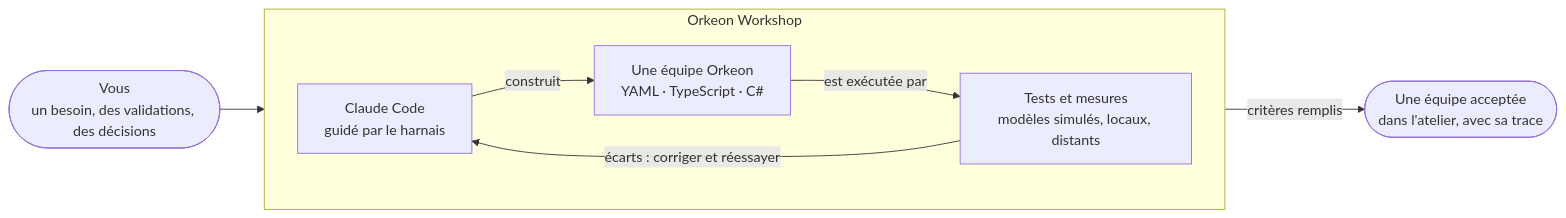
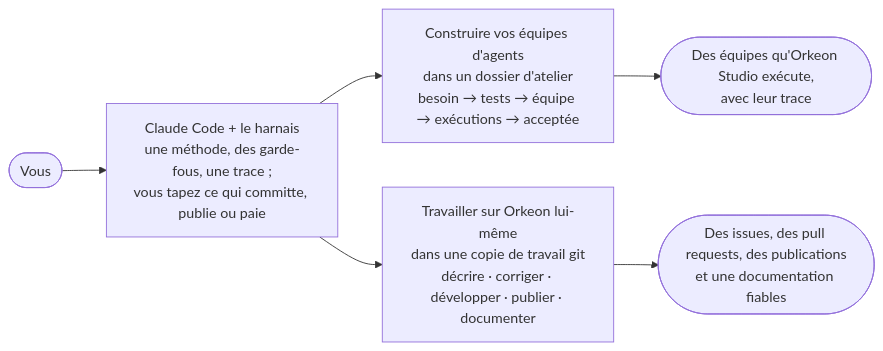
Before and after one commit to Orkeon/orkeon-workshop: the diagram in README.fr.md, drawn with Mermaid. The commit also changed other lines of this file and 82 other files, not shown here.

````diff
--- a/README.fr.md
+++ b/README.fr.md
@@ -27,16 +29,8 @@
 ```mermaid
 flowchart LR
-    you(["Vous<br/>un besoin, des validations, des décisions"])
-    subgraph ws["Orkeon Workshop"]
-        direction LR
-        claude["Claude Code<br/>guidé par le harnais"]
-        team["Une équipe Orkeon<br/>YAML · TypeScript · C#"]
-        bench["Tests et mesures<br/>modèles simulés, locaux, distants"]
-        claude -->|"construit"| team
-        team -->|"est exécutée par"| bench
-        bench -->|"écarts : corriger et réessayer"| claude
-    end
-    done(["Une équipe acceptée<br/>dans l'atelier, avec sa trace"])
-    you --> claude
-    bench -->|"critères remplis"| done
+    you(["Vous"]) --> harness["Claude Code + le harnais<br/>une méthode, des garde-fous, une trace ;<br/>vous tapez ce qui committe, publie ou paie"]
+    harness --> teams["Construire vos équipes d'agents<br/>dans un dossier d'atelier<br/>besoin → tests → équipe → exécutions → acceptée"]
+    harness --> orkeon["Travailler sur Orkeon lui-même<br/>dans une copie de travail git<br/>décrire · corriger · développer · publier · documenter"]
+    teams --> studio(["Des équipes qu'Orkeon Studio exécute,<br/>avec leur trace"])
+    orkeon --> prs(["Des issues, des pull requests, des publications<br/>et une documentation fiables"])
 ```
````
